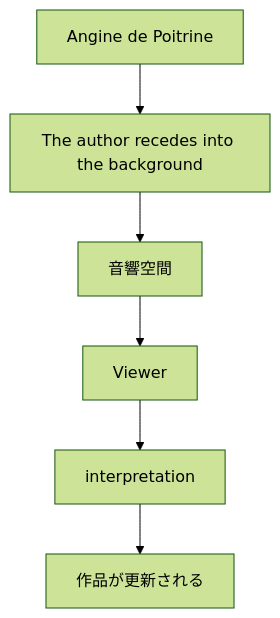
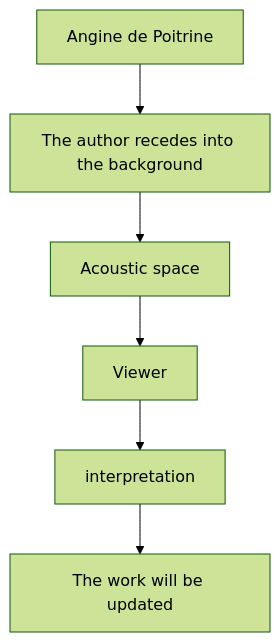
One commit to monumental-movement/monumental-movement.github.io changed the fourth of 9 diagrams in en/_posts/2026-07-07-column-angine-de-poitrine-caroliner-rubber-o-cement.md. Above: the diagram before and after it, drawn with Mermaid (forest theme). The commit also changed other lines of this file and 851 other files, not shown here.

```diff
--- a/en/_posts/2026-07-07-column-angine-de-poitrine-caroliner-rubber-o-cement.md
+++ b/en/_posts/2026-07-07-column-angine-de-poitrine-caroliner-rubber-o-cement.md
@@ -503,17 +503,17 @@
 <div class="mermaid">
 flowchart TD
 
 A["Angine de Poitrine"]
 B["The author recedes into the background"]
-C["音響空間"]
+C["Acoustic space"]
 D["Viewer"]
 E["interpretation"]
-F["作品が更新される"]
+F["The work will be updated"]
 
 A --> B
 B --> C
 C --> D
 D --> E
 E --> F
 
 </div>
```
